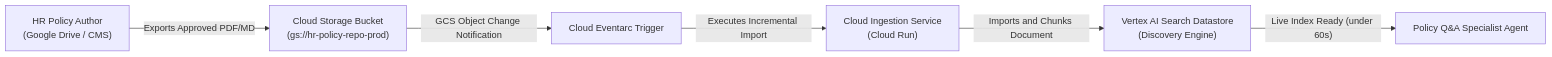
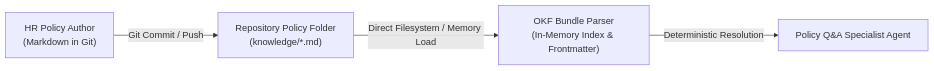
The fourth of 6 diagrams in sdd-so-elevated.md (hhosur81-gcloud/so-elevated), drawn with Mermaid before and after one commit. The commit also changed other lines of this file and 205 other files, not shown here.

Commit message:
initial commit to push policies as OKF as changed spec files

````diff
--- a/sdd-so-elevated.md
+++ b/sdd-so-elevated.md
@@ -616,8 +616,6 @@
 ```mermaid
 flowchart LR
-    HRAdmin["HR Policy Author<br>(Google Drive / CMS)"] -->|"Exports Approved PDF/MD"| GCSBucket["Cloud Storage Bucket<br>(gs://hr-policy-repo-prod)"]
-    GCSBucket -->|"GCS Object Change Notification"| Eventarc["Cloud Eventarc Trigger"]
-    Eventarc -->|"Executes Incremental Import"| IngestFunc["Cloud Ingestion Service<br>(Cloud Run)"]
-    IngestFunc -->|"Imports and Chunks Document"| VertexSearch["Vertex AI Search Datastore<br>(Discovery Engine)"]
-    VertexSearch -->|"Live Index Ready (under 60s)"| PolicyAgent["Policy Q&A Specialist Agent"]
+    HRAdmin["HR Policy Author<br>(Markdown in Git)"] -->|"Git Commit / Push"| GitRepo["Repository Policy Folder<br>(knowledge/*.md)"]
+    GitRepo -->|"Direct Filesystem / Memory Load"| Parser["OKF Bundle Parser<br>(In-Memory Index & Frontmatter)"]
+    Parser -->|"Deterministic Resolution"| PolicyAgent["Policy Q&A Specialist Agent"]
 ```
````
